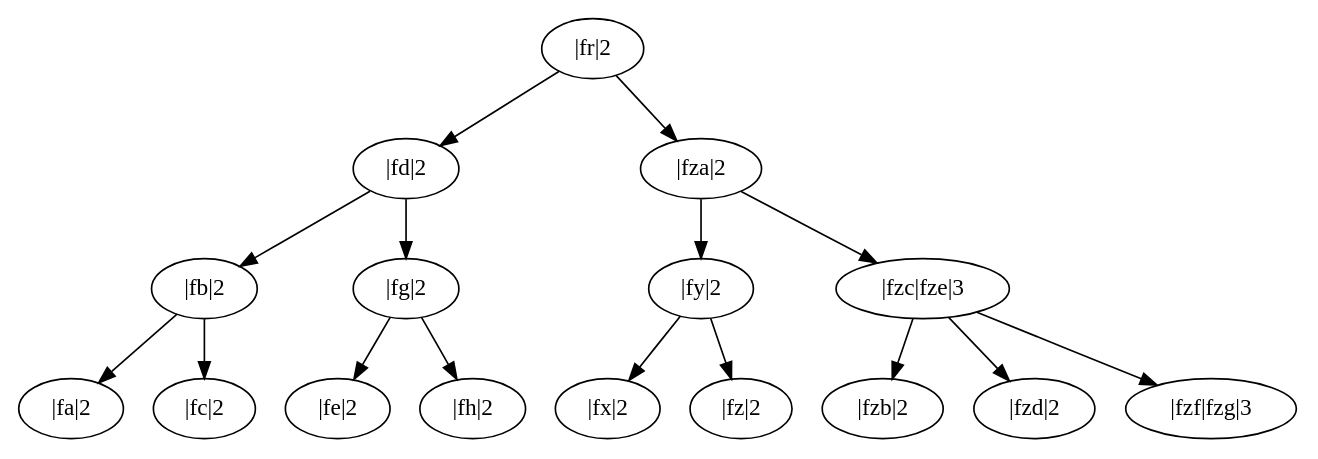
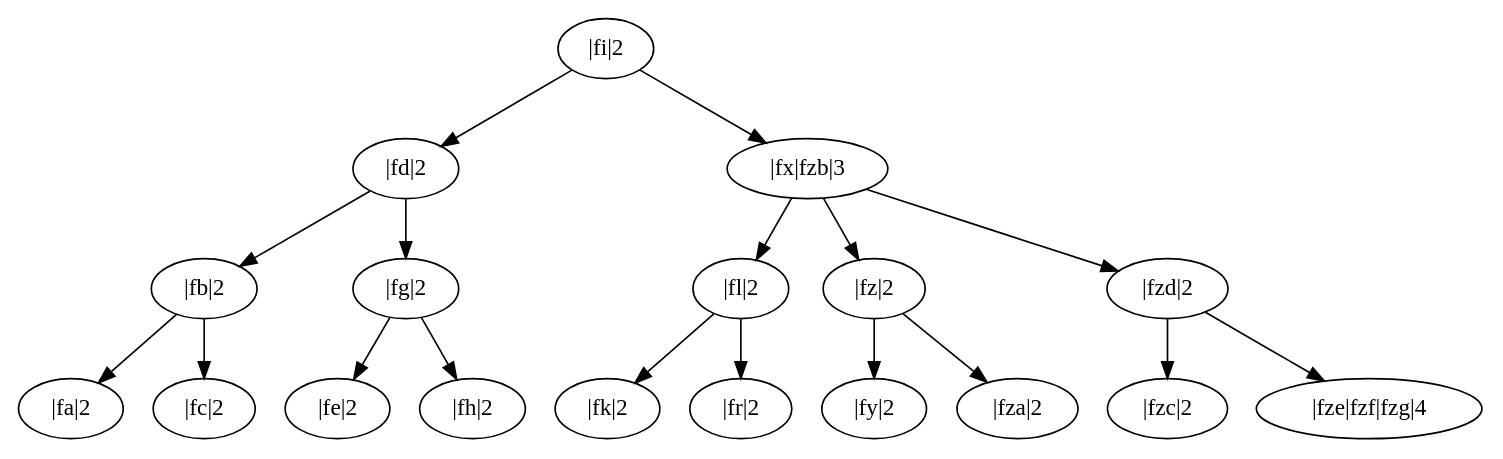
The diagram in src/Test.dot (Ulqiora/Key-Value_Storage), drawn with Graphviz before and after one commit. The commit also changed 4 other files, not shown here.

```diff
--- a/src/Test.dot
+++ b/src/Test.dot
@@ -1,17 +1,19 @@
 digraph { 
-	"|fr|2"->"|fd|2";
+	"|fi|2"->"|fd|2";
 	"|fd|2"->"|fb|2";
 	"|fb|2"->"|fa|2";
 	"|fb|2"->"|fc|2";
 	"|fd|2"->"|fg|2";
 	"|fg|2"->"|fe|2";
 	"|fg|2"->"|fh|2";
-	"|fr|2"->"|fza|2";
-	"|fza|2"->"|fy|2";
-	"|fy|2"->"|fx|2";
-	"|fy|2"->"|fz|2";
-	"|fza|2"->"|fzc|fze|3";
-	"|fzc|fze|3"->"|fzb|2";
-	"|fzc|fze|3"->"|fzd|2";
-	"|fzc|fze|3"->"|fzf|fzg|3";
+	"|fi|2"->"|fx|fzb|3";
+	"|fx|fzb|3"->"|fl|2";
+	"|fl|2"->"|fk|2";
+	"|fl|2"->"|fr|2";
+	"|fx|fzb|3"->"|fz|2";
+	"|fz|2"->"|fy|2";
+	"|fz|2"->"|fza|2";
+	"|fx|fzb|3"->"|fzd|2";
+	"|fzd|2"->"|fzc|2";
+	"|fzd|2"->"|fze|fzf|fzg|4";
 	 }
```
